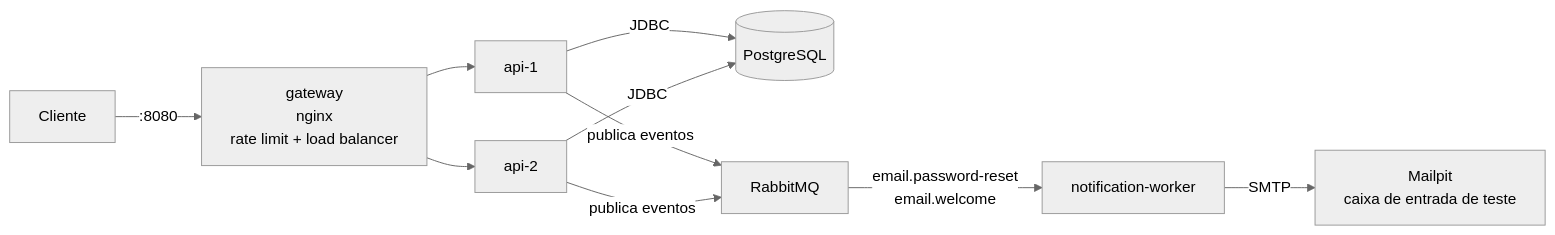
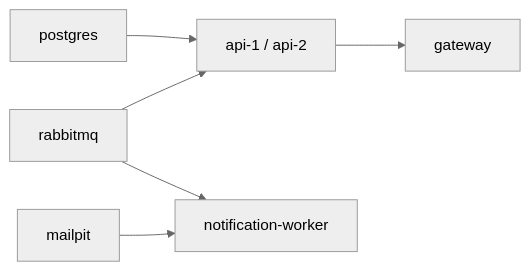
The second of 5 diagrams in docs/ARQUITETURA.md (arthuurdp/distr-arch-todo-list), drawn with Mermaid (neutral theme) before and after one commit. The commit also changed other lines of this file and 50 other files, not shown here.

````diff
--- a/docs/ARQUITETURA.md
+++ b/docs/ARQUITETURA.md
@@ -42,10 +56,8 @@
 ```mermaid
 flowchart LR
-    C[Cliente] -->|:8080| G[gateway<br/>nginx<br/>rate limit + load balancer]
-    G --> A1[api-1]
-    G --> A2[api-2]
-    A1 & A2 -->|JDBC| PG[(PostgreSQL)]
-    A1 & A2 -->|publica eventos| MQ[RabbitMQ]
-    MQ -->|email.password-reset<br/>email.welcome| W[notification-worker]
-    W -->|SMTP| MP[Mailpit<br/>caixa de entrada de teste]
+    PG[postgres] --> A[api-1 / api-2]
+    MQ[rabbitmq] --> A
+    A --> G[gateway]
+    MQ --> W[notification-worker]
+    MP[mailpit] --> W
 ```
````
